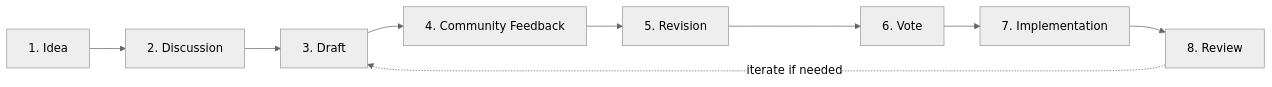
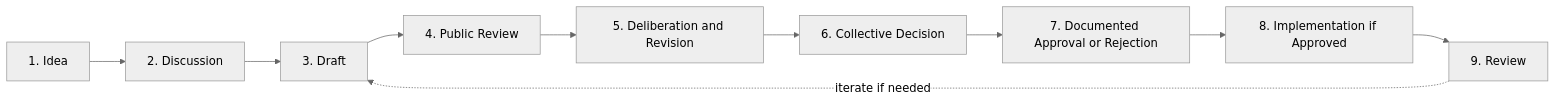
One commit to Celo-HaiTi/celoht-research changed the third of 6 diagrams in GOVERNANCE.md. Above: the diagram before and after it, drawn with Mermaid (neutral theme). The commit also changed other lines of this file and 9 other files, not shown here.

````diff
--- a/GOVERNANCE.md
+++ b/GOVERNANCE.md
@@ -283,11 +274,12 @@
 ```mermaid
 flowchart LR
     A[1. Idea] --> B[2. Discussion]
     B --> C[3. Draft]
-    C --> D[4. Community Feedback]
-    D --> E[5. Revision]
-    E --> F[6. Vote]
-    F --> G[7. Implementation]
-    G --> H[8. Review]
-    H -.iterate if needed.-> C
+    C --> D[4. Public Review]
+    D --> E[5. Deliberation and Revision]
+    E --> F[6. Collective Decision]
+    F --> G[7. Documented Approval or Rejection]
+    G --> H[8. Implementation if Approved]
+    H --> I[9. Review]
+    I -.iterate if needed.-> C
 ```
````
